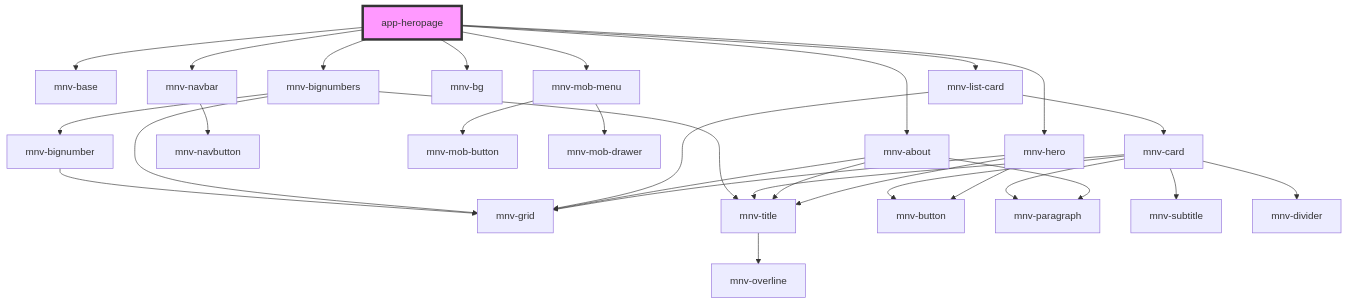
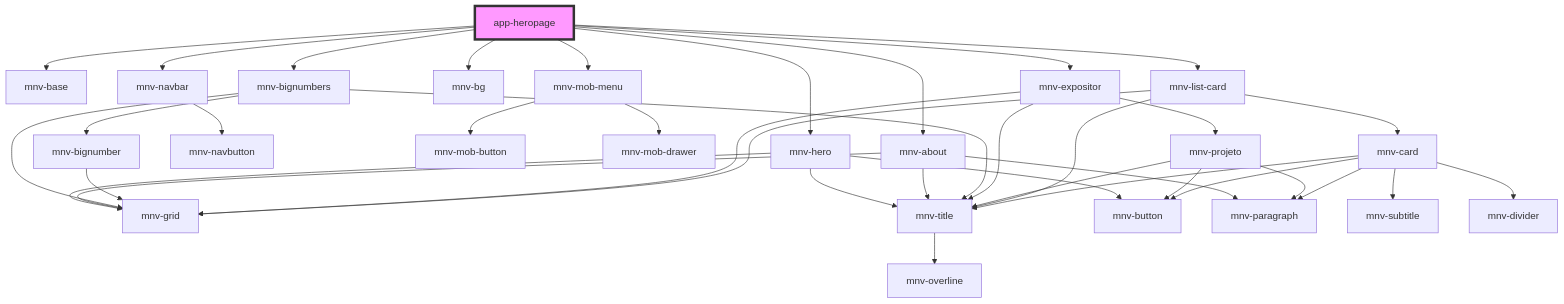
The diagram in src/components/app-pages/app-heropage/readme.md (rafaela-vairo/ufrj-sustainable), drawn with Mermaid before and after one commit. The commit also changed other lines of this file and 34 other files, not shown here.

````diff
--- a/src/components/app-pages/app-heropage/readme.md
+++ b/src/components/app-pages/app-heropage/readme.md
@@ -26,33 +28,41 @@
 ```mermaid
 graph TD;
   app-heropage --> mnv-base
   app-heropage --> mnv-navbar
   app-heropage --> mnv-mob-menu
   app-heropage --> mnv-hero
   app-heropage --> mnv-bg
   app-heropage --> mnv-about
+  app-heropage --> mnv-bignumbers
+  app-heropage --> mnv-expositor
   app-heropage --> mnv-list-card
-  app-heropage --> mnv-bignumbers
   mnv-navbar --> mnv-navbutton
   mnv-mob-menu --> mnv-mob-button
   mnv-mob-menu --> mnv-mob-drawer
   mnv-hero --> mnv-grid
   mnv-hero --> mnv-title
   mnv-hero --> mnv-button
   mnv-title --> mnv-overline
   mnv-about --> mnv-grid
   mnv-about --> mnv-title
   mnv-about --> mnv-paragraph
+  mnv-bignumbers --> mnv-grid
+  mnv-bignumbers --> mnv-title
+  mnv-bignumbers --> mnv-bignumber
+  mnv-bignumber --> mnv-grid
+  mnv-expositor --> mnv-grid
+  mnv-expositor --> mnv-title
+  mnv-expositor --> mnv-projeto
+  mnv-projeto --> mnv-title
+  mnv-projeto --> mnv-paragraph
+  mnv-projeto --> mnv-button
   mnv-list-card --> mnv-grid
+  mnv-list-card --> mnv-title
   mnv-list-card --> mnv-card
   mnv-card --> mnv-title
   mnv-card --> mnv-subtitle
   mnv-card --> mnv-divider
   mnv-card --> mnv-paragraph
   mnv-card --> mnv-button
-  mnv-bignumbers --> mnv-grid
-  mnv-bignumbers --> mnv-title
-  mnv-bignumbers --> mnv-bignumber
-  mnv-bignumber --> mnv-grid
   style app-heropage fill:#f9f,stroke:#333,stroke-width:4px
 ```
````
